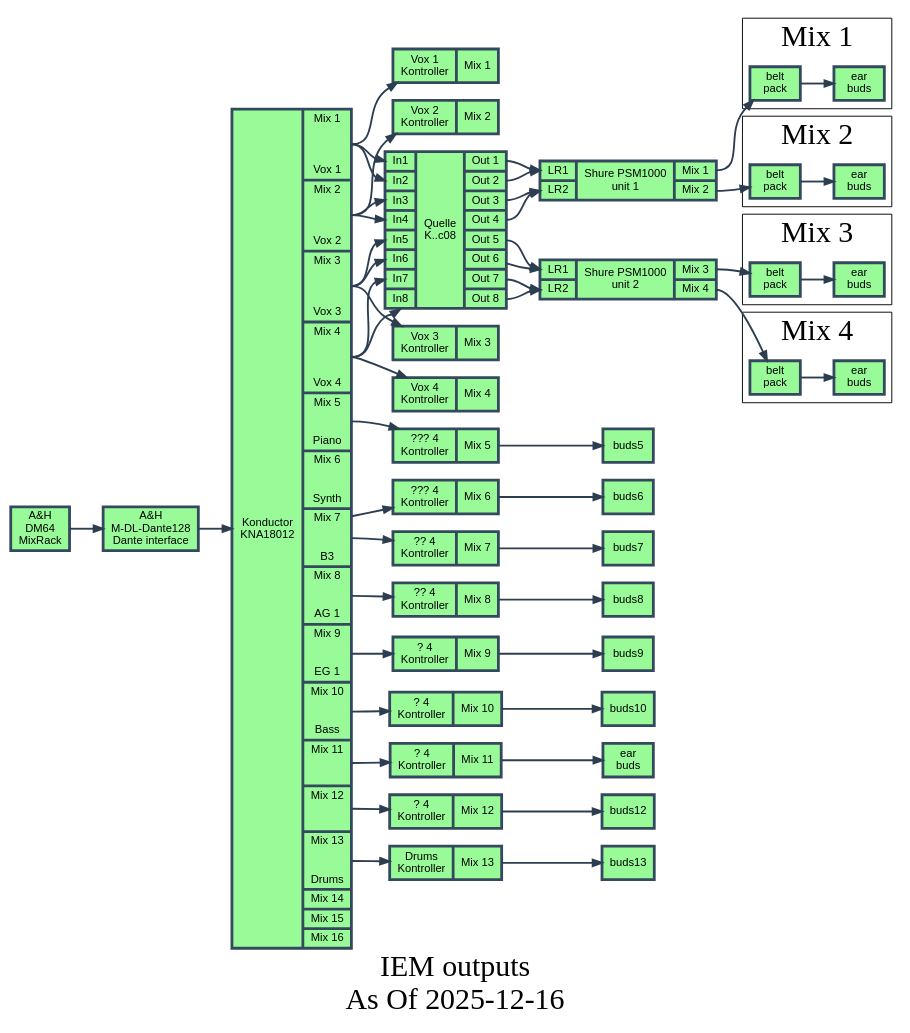
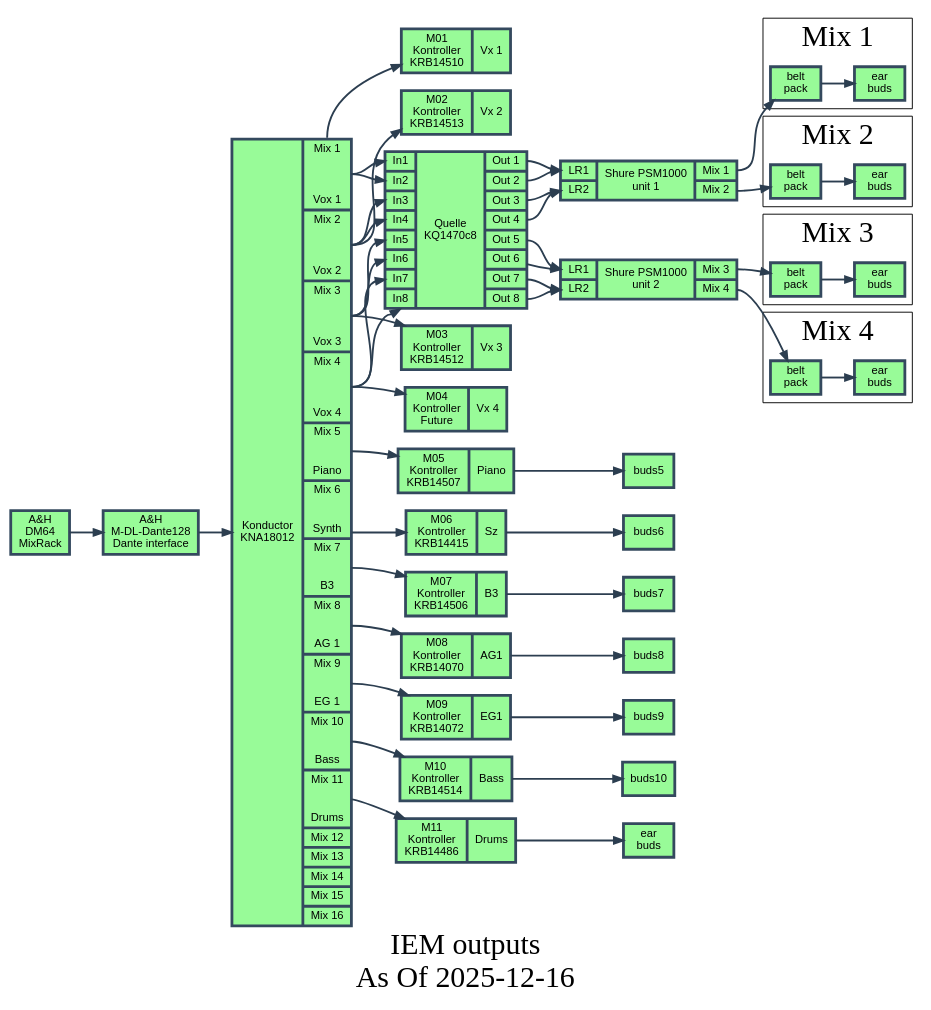
The diagram in gv/sda-outputs-iem.gv (avmaint/uactechdoc), drawn with Graphviz before and after one commit. The commit also changed 2 other files, not shown here.

Commit message:
updated diagrams

```diff
--- a/gv/sda-outputs-iem.gv
+++ b/gv/sda-outputs-iem.gv
@@ -1,150 +1,145 @@
 digraph KLangDante { 
 	label="IEM outputs\nAs Of 2025-12-16" 
     bgcolor="white"
     rankdir=LR
     compound=true
     fontsize=32
     
     node [  fontname="Arial", fontsize=12, fontcolor="black"
 		    shape=record, style=filled
 		    , fillcolor="palegreen", color="#34495E"
 		    , penwidth=3]
 		    
     edge [color="#2C3E50", penwidth=2]
 
 24073000 [label= "A&H\nDM64\nMixRack"]
 24073002 [label= "A&H\nM-DL-Dante128\nDante interface"]  
 
 konductor [ label="{  Konductor\nKNA18012
                |{<m1>Mix 1\n\n\n\nVox 1
                |<m2>Mix 2\n\n\n\nVox 2
                |<m3>Mix 3\n\n\n\nVox 3
                |<m4>Mix 4\n\n\n\nVox 4
                |<m5>Mix 5\n\n\nPiano
                |<m5>Mix 6\n\n\nSynth
                |<m7>Mix 7\n\n\nB3
                |<m8>Mix 8\n\n\nAG 1
                |<m9>Mix 9\n\n\nEG 1
                |<m10>Mix 10\n\n\nBass
-               |<m11>Mix 11\n\n\n
-               |<m12>Mix 12\n\n\n
-               |<m13>Mix 13\n\n\nDrums
+               |<m11>Mix 11\n\n\nDrums
+               |<m12>Mix 12
+               |<m13>Mix 13
                |<m14>Mix 14
                |<m15>Mix 15
                |<m16>Mix 16
                } }"
                 ]
                
 quelle [  label="{ {<i1>In1
                			|<i2>In2
                			|<i3>In3
                			|<i4>In4
                			|<i5>In5
                			|<i6>In6
                			|<i7>In7
                			|<i8>In8
                } |
-               Quelle\nK..c08
+               Quelle\nKQ1470c8
                |{<o1>Out 1 
                |<o2>Out 2 
                |<o3>Out 3 
                |<o4>Out 4 
                |<o5>Out 5 
                |<o5>Out 6 
                |<o7>Out 7 
                |<o8>Out 8  
                } }"
                  ]       
                
-kmix1 [label="{Vox 1\nKontroller|<o1>Mix 1 }"]
-kmix2 [label="{Vox 2\nKontroller|<o1>Mix 2 }"]
-kmix3 [label="{Vox 3\nKontroller|<o1>Mix 3 }"]
-kmix4 [label="{Vox 4\nKontroller|<o1>Mix 4 }"]
+kmix1 [label="{M01\nKontroller\nKRB14510|<o1>Vx 1}"]
+kmix2 [label="{M02\nKontroller\nKRB14513|<o1>Vx 2}"]
+kmix3 [label="{M03\nKontroller\nKRB14512|<o1>Vx 3}"]
+kmix4 [label="{M04\nKontroller\nFuture|<o1>Vx 4 }"]
         
-kmix5 [label="{??? 4\nKontroller|<o1>Mix 5 }"]
-kmix6 [label="{??? 4\nKontroller|<o1>Mix 6 }"]
-kmix7 [label="{?? 4\nKontroller|<o1>Mix 7 }"]
-kmix8 [label="{?? 4\nKontroller|<o1>Mix 8 }"]
+kmix5 [label="{M05\nKontroller\nKRB14507|<o1>Piano}"]
+kmix6 [label="{M06\nKontroller\nKRB14415|<o1>Sz}"]
+kmix7 [label="{M07\nKontroller\nKRB14506|<o1>B3}"]
+kmix8 [label="{M08\nKontroller\nKRB14070|<o1>AG1}"]
         
-kmix9 [label="{? 4\nKontroller|<o1>Mix 9 }"]
-kmix10 [label="{? 4\nKontroller|<o1>Mix 10 }"]
-kmix11 [label="{? 4\nKontroller|<o1>Mix 11 }"]
-kmix12 [label="{? 4\nKontroller|<o1>Mix 12 }"]
-
-kmix13 [ label="{Drums\nKontroller|Mix 13 }" ]
+kmix9 [label="{M09\nKontroller\nKRB14072|<o1>EG1}"]
+kmix10 [label="{M10\nKontroller\nKRB14514|<o1>Bass}"]
+kmix11 [label="{M11\nKontroller\nKRB14486|<o1>Drums}"]
                
 psm10000_1 [label="{{<lr1>LR1|<lr2>LR2 }|Shure PSM1000\nunit 1 |{<m1>Mix 1|<m2>Mix 2} }" ]
 
 psm10000_2 [label="{{<lr1>LR1|<lr2>LR2 }|Shure PSM1000\nunit 2 |{<m3>Mix 3|<m4>Mix 4} }" ]
 	 
 subgraph cluster_mix1 { label="Mix 1" 
 	 	p10r1 [label="belt\npack" ]
 		buds1 [label="ear\nbuds" ]
 }
 
 subgraph cluster_mix2 { label="Mix 2" 
 	 	p10r2 [label="belt\npack"  ]
 		buds2 [label="ear\nbuds" ]
 }
 
 subgraph cluster_mix3 { label="Mix 3"
 	 	p10r3 [label="belt\npack" ]
 		buds3 [label="ear\nbuds" ]
 }
 
 subgraph cluster_mix4 { label="Mix 4"
 	 	p10r4 [label="belt\npack" ]
 		buds4 [label="ear\nbuds" ]
 }
 
 buds11 [label="ear\nbuds" ]
 
 // Edges
     
 24073000 ->24073002
      
 24073002  -> konductor:i1
     
 konductor:m1 ->kmix1  
 konductor:m2 ->kmix2
 konductor:m3 ->kmix3 
 konductor:m4 ->kmix4
     
 konductor:m5 ->kmix5 ->buds5
 konductor:m6 ->kmix6 ->buds6
 konductor:m7 ->kmix7 ->buds7
 konductor:m8 ->kmix8 ->buds8
     
 konductor:m9 ->kmix9 ->buds9
 konductor:m10 ->kmix10 ->buds10
 konductor:m11 ->kmix11 ->buds11
-konductor:m12 ->kmix12 ->buds12
-    
-konductor:m13 -> kmix13 ->buds13
-
+     
+ 
 konductor:m1 -> quelle:i1
 konductor:m1 -> quelle:i2
 konductor:m2 -> quelle:i3
 konductor:m2 -> quelle:i4
 konductor:m3 -> quelle:i5
 konductor:m3 -> quelle:i6
 konductor:m4 -> quelle:i7
 konductor:m4 -> quelle:i8
     
 quelle:o1 -> psm10000_1:lr1
 quelle:o2 -> psm10000_1:lr1
 quelle:o3 -> psm10000_1:lr2
 quelle:o4 -> psm10000_1:lr2
     
 quelle:o5 -> psm10000_2:lr1
 quelle:o6 -> psm10000_2:lr1
 quelle:o7 -> psm10000_2:lr2
 quelle:o8 -> psm10000_2:lr2 
 
 psm10000_1:m1 -> p10r1 -> buds1
 psm10000_1:m2 -> p10r2 -> buds2
     
 psm10000_2:m3 -> p10r3 -> buds3
 psm10000_2:m4 -> p10r4 -> buds4 
 
 }
```
